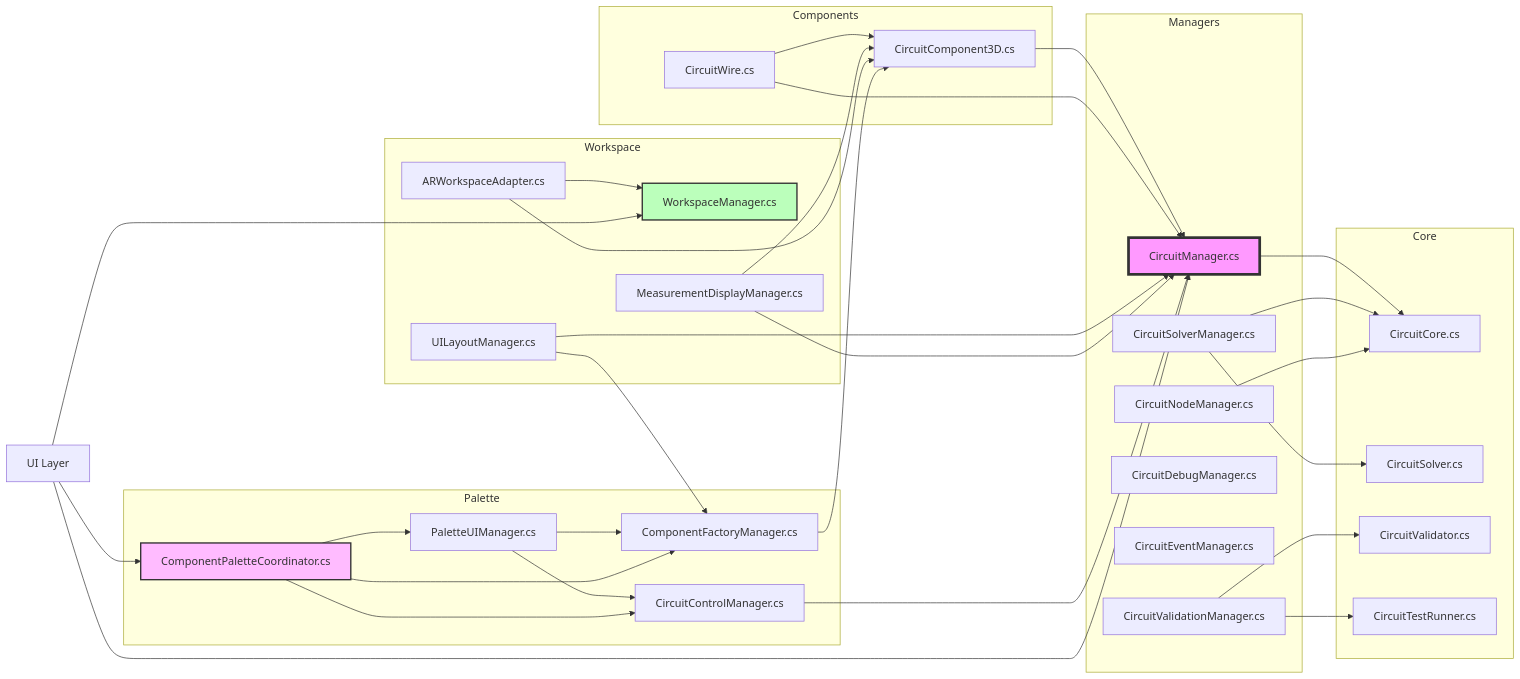
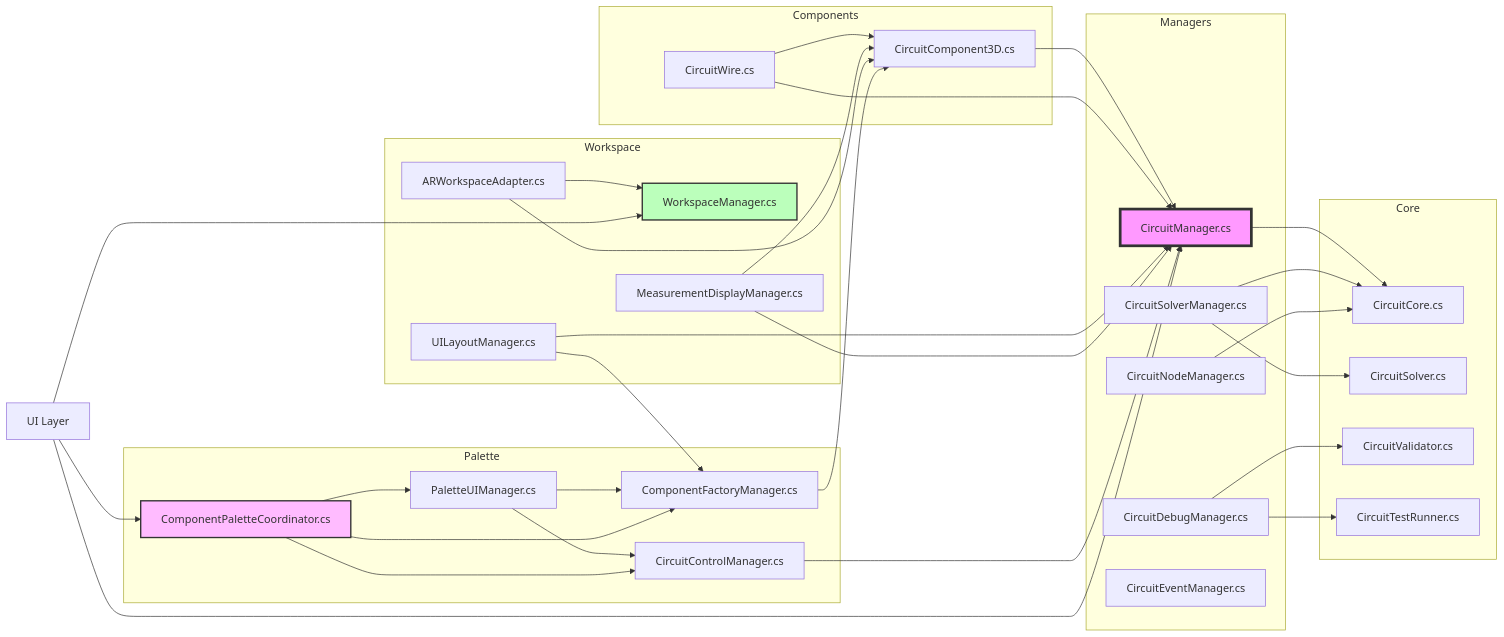
One commit to anbanm/CircuitSimulator changed the second of 2 diagrams in CircuitSimulator_SourceCode/CircuitSimulator/Assets/Scripts/DEPENDENCY.md. Above: the diagram before and after it, drawn with Mermaid. The commit also changed other lines of this file and 8 other files, not shown here.

````diff
--- a/CircuitSimulator_SourceCode/CircuitSimulator/Assets/Scripts/DEPENDENCY.md
+++ b/CircuitSimulator_SourceCode/CircuitSimulator/Assets/Scripts/DEPENDENCY.md
@@ -58,78 +56,77 @@
 ```mermaid
 graph LR
     %% Core Dependencies
     subgraph Core
         CC[CircuitCore.cs]
         CS[CircuitSolver.cs]
         CV[CircuitValidator.cs]
         CTR[CircuitTestRunner.cs]
     end
     
     %% Manager Dependencies
     subgraph Managers
         CM[CircuitManager.cs]
         CSM[CircuitSolverManager.cs]
         CNM[CircuitNodeManager.cs]
         CDM[CircuitDebugManager.cs]
         CEM[CircuitEventManager.cs]
-        CVM[CircuitValidationManager.cs]
     end
     
     %% Component Dependencies
     subgraph Components
         C3D[CircuitComponent3D.cs]
         CW[CircuitWire.cs]
     end
     
     %% Workspace Dependencies
     subgraph Workspace
         WM[WorkspaceManager.cs]
         UIL[UILayoutManager.cs]
         MDM[MeasurementDisplayManager.cs]
         AWA[ARWorkspaceAdapter.cs]
     end
     
     %% Palette Dependencies
     subgraph Palette
         CPC[ComponentPaletteCoordinator.cs]
         CFM[ComponentFactoryManager.cs]
         PUM[PaletteUIManager.cs]
         CCM[CircuitControlManager.cs]
     end
     
     %% Import Relationships
     CM --> CC
     CSM --> CS
     CSM --> CC
-    CVM --> CV
-    CVM --> CTR
+    CDM --> CV
+    CDM --> CTR
     CNM --> CC
     
     C3D --> CM
     CW --> CM
     CW --> C3D
     
     UIL --> CFM
     UIL --> CM
     MDM --> CM
     MDM --> C3D
     AWA --> WM
     AWA --> C3D
     
     CFM --> C3D
     PUM --> CFM
     PUM --> CCM
     CCM --> CM
     CPC --> CFM
     CPC --> PUM
     CPC --> CCM
     
     %% UI Dependencies
     UI[UI Layer] --> CM
     UI --> CPC
     UI --> WM
     
     style CM fill:#f9f,stroke:#333,stroke-width:4px
     style WM fill:#bfb,stroke:#333,stroke-width:2px
     style CPC fill:#fbf,stroke:#333,stroke-width:2px
 ```
````
